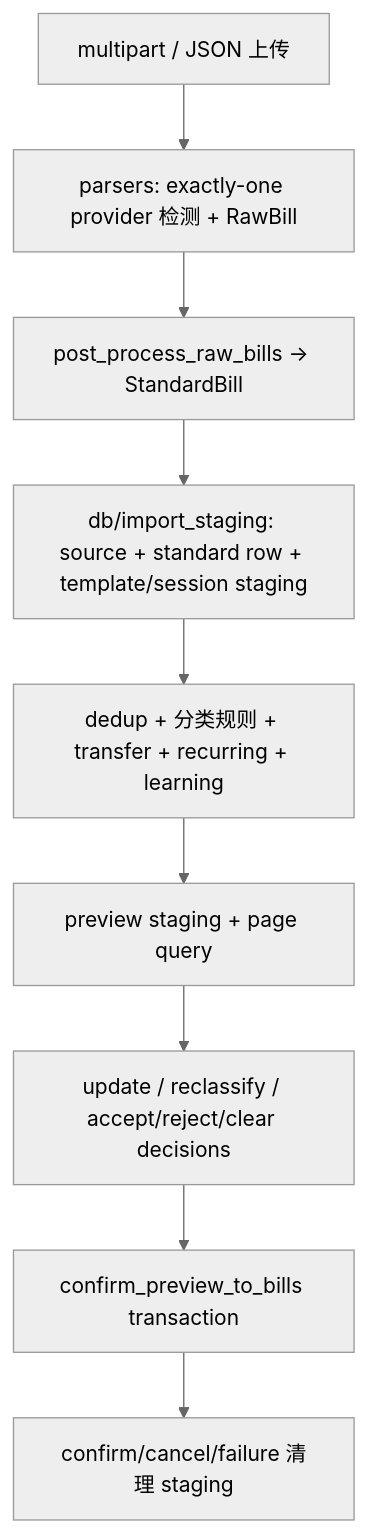
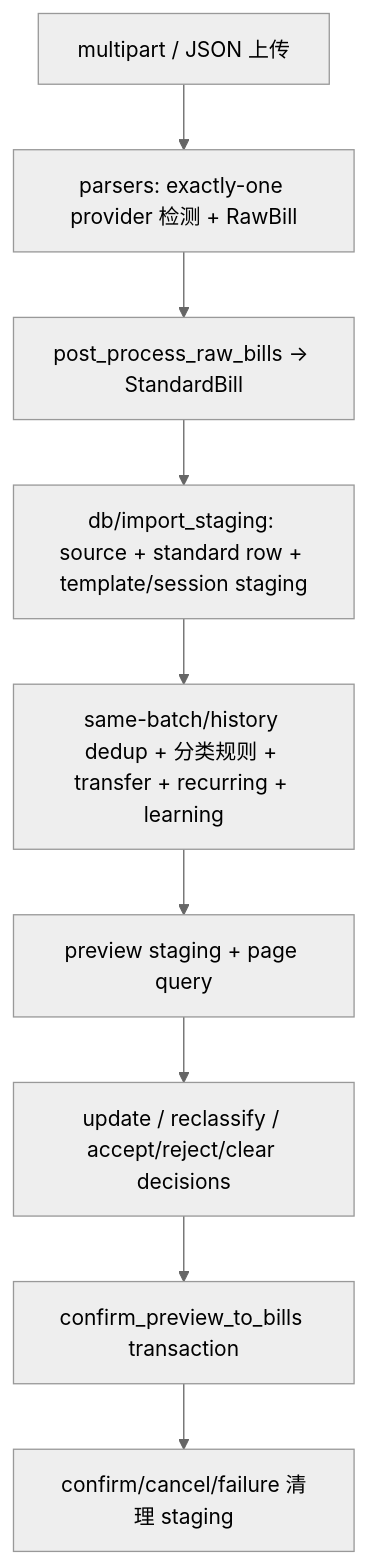
One commit to hcy0317/bill_analyser changed the third of 4 diagrams in docs/backend-map.md. Above: the diagram before and after it, drawn with Mermaid (neutral theme). The commit also changed other lines of this file and 22 other files, not shown here.

````diff
--- a/docs/backend-map.md
+++ b/docs/backend-map.md
@@ -68,11 +68,11 @@
 ```mermaid
 flowchart TD
   Upload["multipart / JSON 上传"] --> Parse["parsers: exactly-one provider 检测 + RawBill"]
   Parse --> Standard["post_process_raw_bills -> StandardBill"]
   Standard --> Template["db/import_staging: source + standard row + template/session staging"]
-  Template --> Decisions["dedup + 分类规则 + transfer + recurring + learning"]
+  Template --> Decisions["same-batch/history dedup + 分类规则 + transfer + recurring + learning"]
   Decisions --> Preview["preview staging + page query"]
   Preview --> Mutations["update / reclassify / accept/reject/clear decisions"]
   Mutations --> Confirm["confirm_preview_to_bills transaction"]
   Confirm --> Cleanup["confirm/cancel/failure 清理 staging"]
 ```
````
